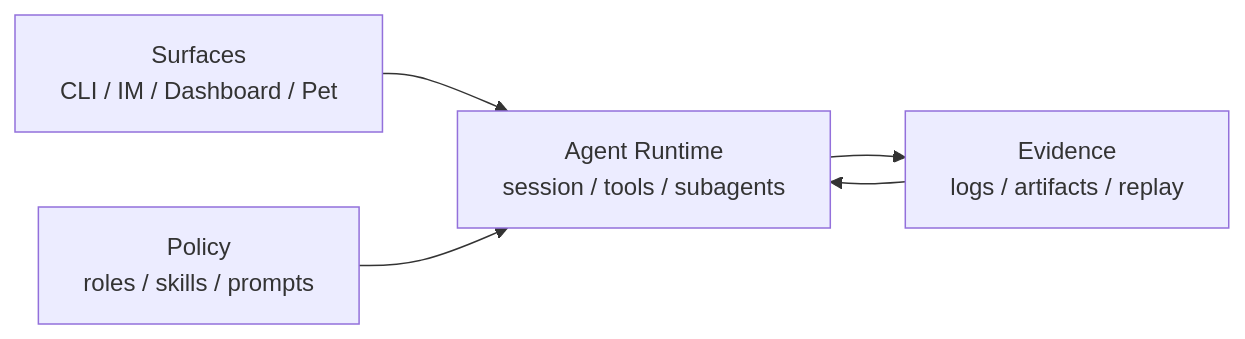
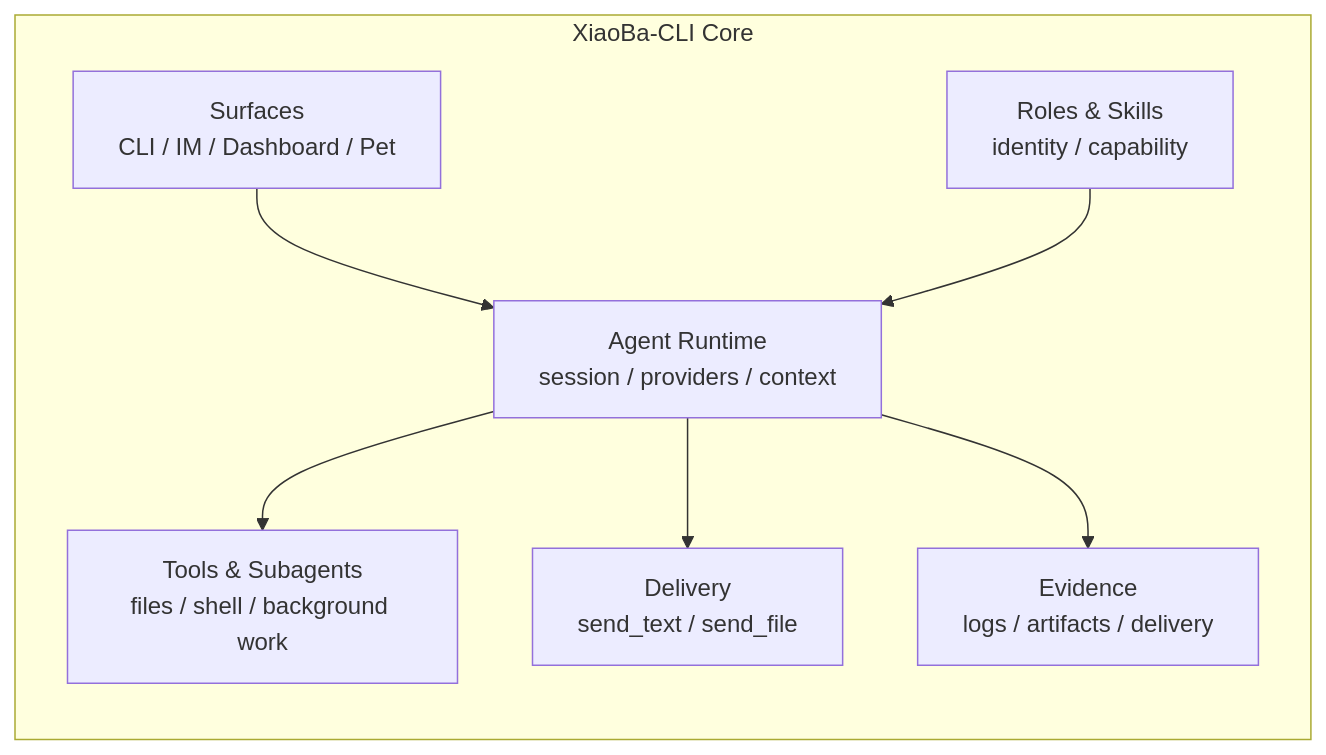
The first of 2 diagrams in README.en.md (fightheyyy/XiaoBa-CLI), drawn with Mermaid before and after one commit. The commit also changed other lines of this file and 1 other file, not shown here.

Commit message:
docs: refresh XiaoBa README positioning

````diff
--- a/README.en.md
+++ b/README.en.md
@@ -104,12 +41,17 @@
 ```mermaid
 flowchart LR
-    Surface["Surfaces<br/>CLI / IM / Dashboard / Pet"]
-    Runtime["Agent Runtime<br/>session / tools / subagents"]
-    Policy["Policy<br/>roles / skills / prompts"]
-    Evidence["Evidence<br/>logs / artifacts / replay"]
+    subgraph XiaoBa["XiaoBa-CLI Core"]
+        Surface["Surfaces<br/>CLI / IM / Dashboard / Pet"]
+        Policy["Roles & Skills<br/>identity / capability"]
+        Runtime["Agent Runtime<br/>session / providers / context"]
+        Action["Tools & Subagents<br/>files / shell / background work"]
+        Delivery["Delivery<br/>send_text / send_file"]
+        Evidence["Evidence<br/>logs / artifacts / delivery"]
+    end
 
     Surface --> Runtime
     Policy --> Runtime
+    Runtime --> Action
+    Runtime --> Delivery
     Runtime --> Evidence
-    Evidence --> Runtime
 ```
````
